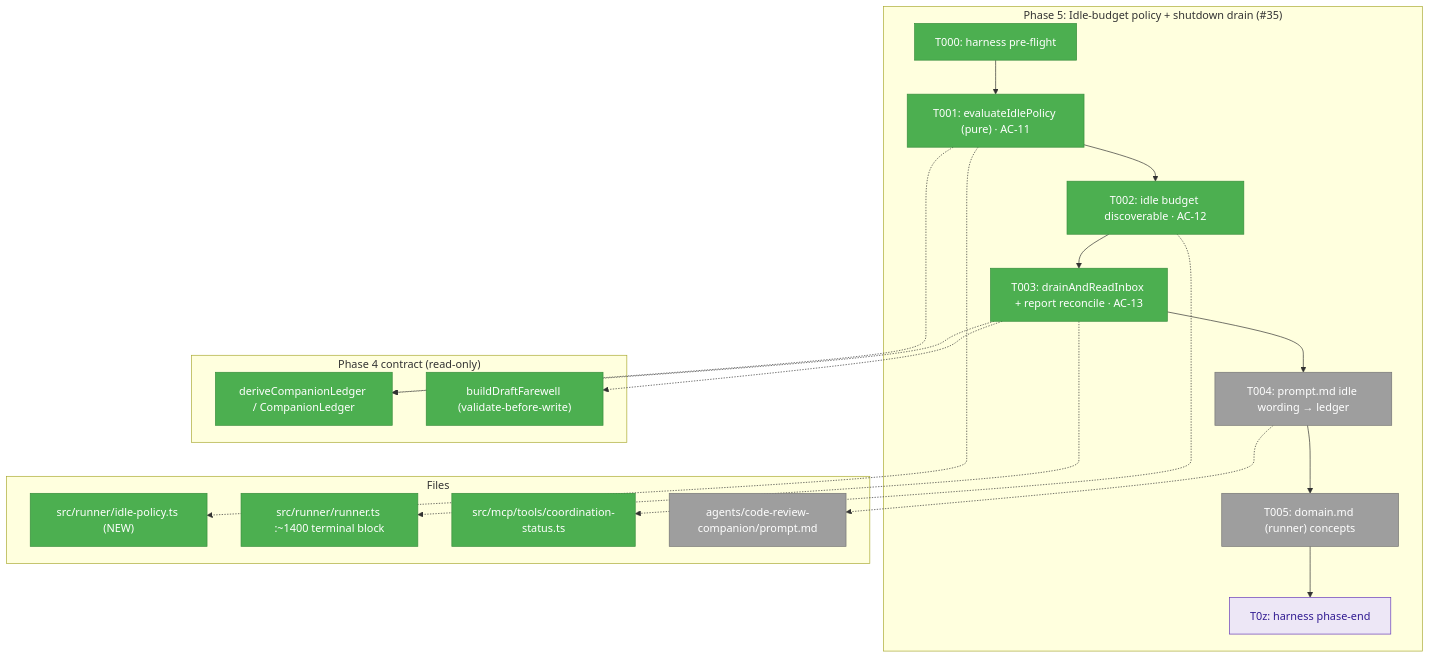
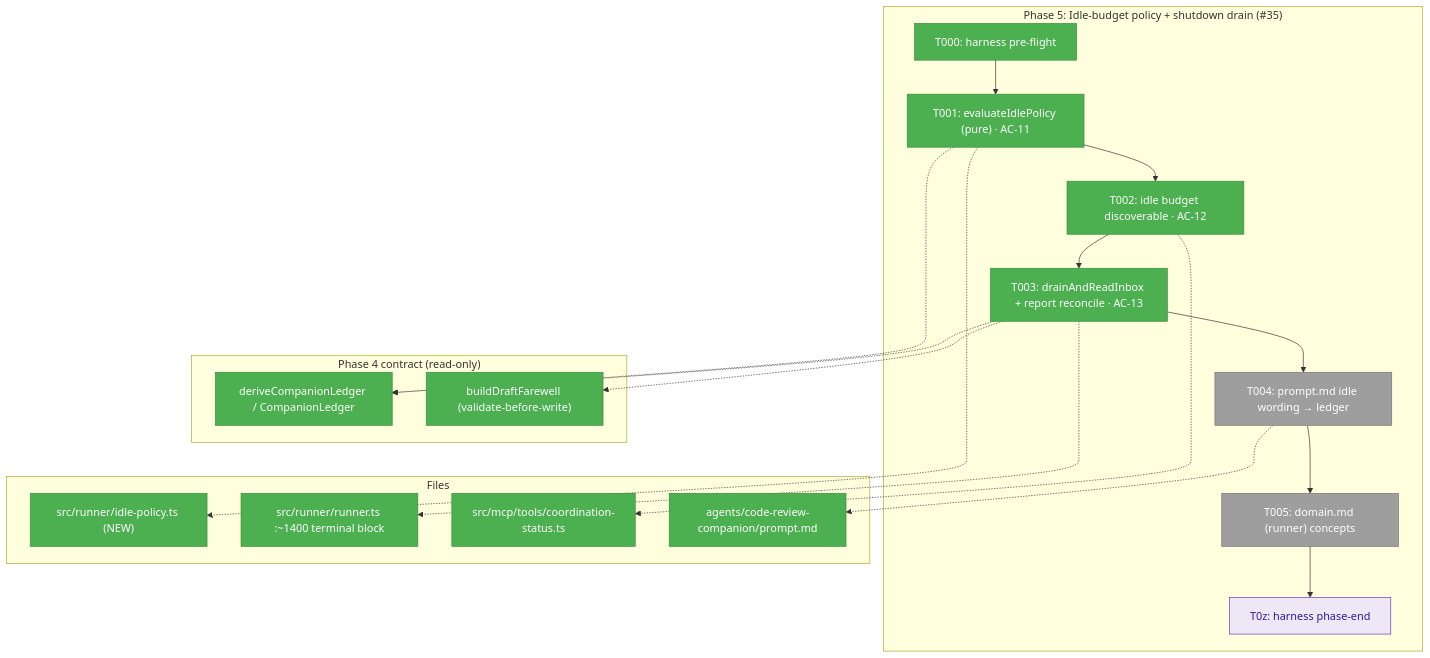
The first of 3 diagrams in docs/plans/027-companion-coordination/tasks/phase-5-idle-budget-policy-shutdown-drain/tasks.md (AI-Substrate/minih), drawn with Mermaid before and after one commit. The commit also changed other lines of this file and 2 other files, not shown here.

Commit message:
feat(companion): ledger-driven idle stand-down in prompt.md (#35, T004)
Plan 027 Phase 5. Rewrite the companion's idle/stand-down logic from the integer
poll-streak heuristic (emptyPollStreak / firstContactPollThreshold / replyWaitPolls,
'no clock arithmetic') to ledger-driven: each empty poll consults coordination_status
for { idleElapsedMs, unresolvedPeerRequests, idleBudgetSec } and applies the same
decision as the runner's evaluateIdlePolicy.

First-contact pin (A6): idleElapsedMs === null (never spoke) is distinct from 0 — the
prompt has no run-elapsed clock, so it never self-exits a never-spoke peer; the
runner's absolute timeout backstop ends it (no_engagement). A peer that has spoken
stands down on idle_budget once idleElapsedMs >= idleBudgetSec*1000.

doctor prompt-state-vocabulary-drift stays pass; state words within the enum; the
courtesy check-in is now explicitly UX, not the exit mechanism.

````diff
--- a/docs/plans/027-companion-coordination/tasks/phase-5-idle-budget-policy-shutdown-drain/tasks.md
+++ b/docs/plans/027-companion-coordination/tasks/phase-5-idle-budget-policy-shutdown-drain/tasks.md
@@ -149,37 +149,37 @@
 ```mermaid
 flowchart TD
     classDef pending fill:#9E9E9E,stroke:#757575,color:#fff
     classDef completed fill:#4CAF50,stroke:#388E3C,color:#fff
     classDef seam fill:#EDE7F6,stroke:#673AB7,color:#311B92
 
     subgraph Phase["Phase 5: Idle-budget policy + shutdown drain (#35)"]
         T000["T000: harness pre-flight"]:::completed
         T001["T001: evaluateIdlePolicy (pure) · AC-11"]:::completed
         T002["T002: idle budget discoverable · AC-12"]:::completed
         T003["T003: drainAndReadInbox + report reconcile · AC-13"]:::completed
         T004["T004: prompt.md idle wording → ledger"]:::pending
         T005["T005: domain.md (runner) concepts"]:::pending
         T0z["T0z: harness phase-end"]:::seam
         T000 --> T001 --> T002 --> T003 --> T004 --> T005 --> T0z
     end
 
     subgraph Consumes["Phase 4 contract (read-only)"]
         L["deriveCompanionLedger / CompanionLedger"]:::completed
         B["buildDraftFarewell (validate-before-write)"]:::completed
     end
 
     subgraph Files["Files"]
         F1["src/runner/idle-policy.ts (NEW)"]:::completed
         F2["src/runner/runner.ts :~1400 terminal block"]:::completed
         F3["src/mcp/tools/coordination-status.ts"]:::completed
-        F4["agents/code-review-companion/prompt.md"]:::pending
+        F4["agents/code-review-companion/prompt.md"]:::completed
     end
 
     T001 -.-> F1
     T001 -.-> L
     T002 -.-> F3
     T003 -.-> F2
     T003 -.-> L
     T003 -.-> B
     T004 -.-> F4
 ```
````
